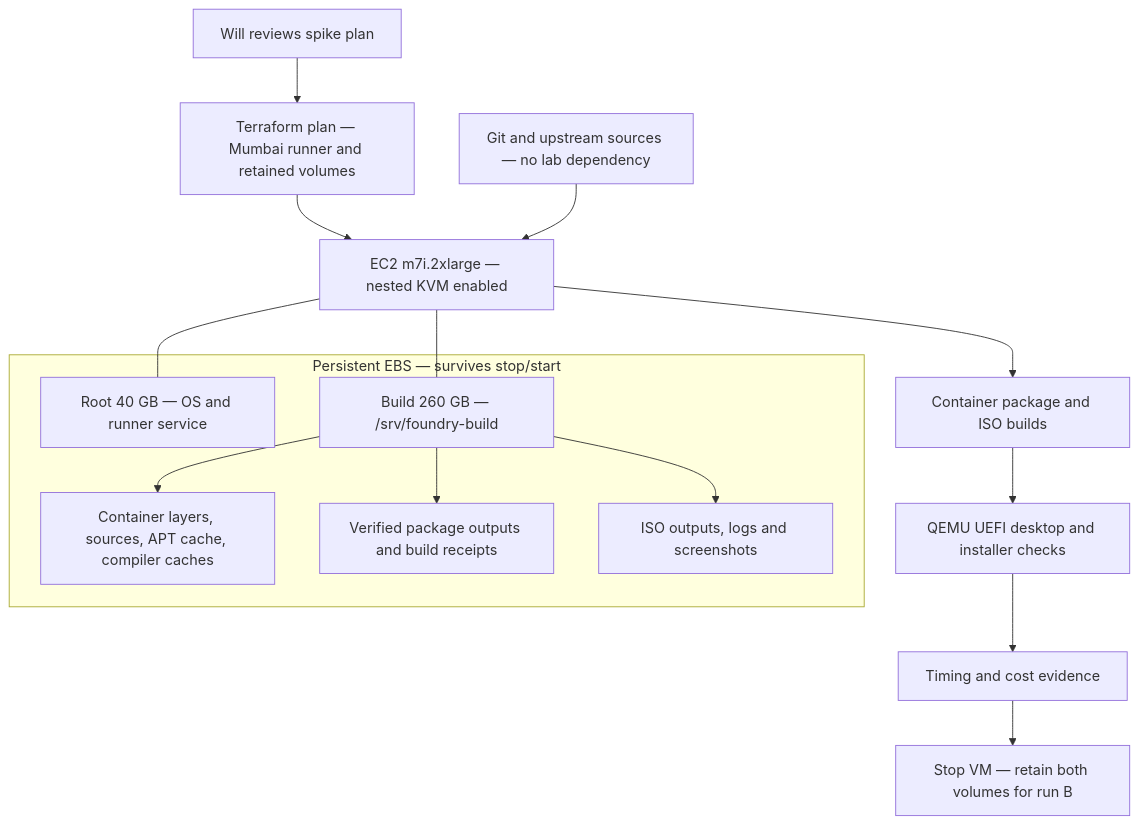
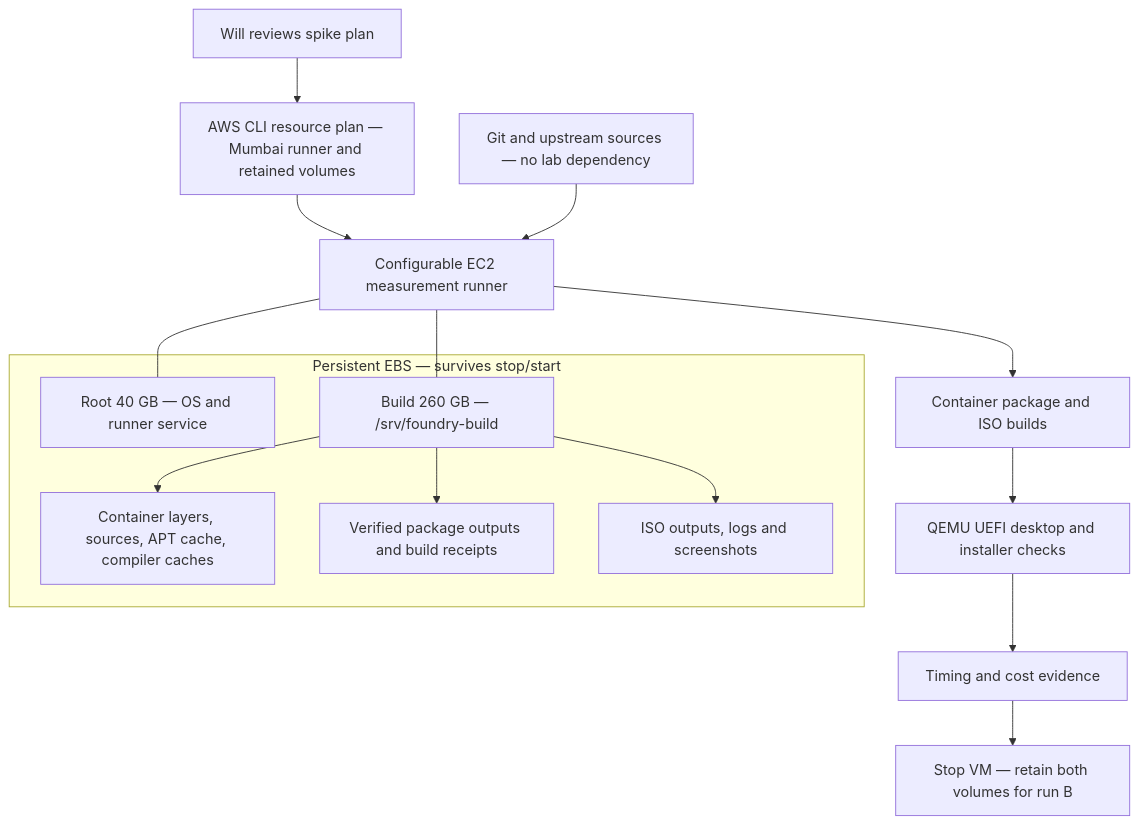
One commit to foundry-linux/foundrylinux.org changed the second of 3 diagrams in docs/plans/2026-11-15-aws-cold-warm-build-spike.md. Above: the diagram before and after it, drawn with Mermaid. The commit also changed other lines of this file and 1 other file, not shown here.

Commit message:
Profile pipeline stages independently and use CLI for the spike [skip ci]

````diff
--- a/docs/plans/2026-11-15-aws-cold-warm-build-spike.md
+++ b/docs/plans/2026-11-15-aws-cold-warm-build-spike.md
@@ -33,22 +63,22 @@
 ```mermaid
 flowchart TB
-    W[Will reviews spike plan] --> T[Terraform plan — Mumbai runner and retained volumes]
-    T --> V[EC2 m7i.2xlarge — nested KVM enabled]
+    W[Will reviews spike plan] --> T[AWS CLI resource plan — Mumbai runner and retained volumes]
+    T --> V[Configurable EC2 measurement runner]
     subgraph Disk["Persistent EBS — survives stop/start"]
         O[Root 40 GB — OS and runner service]
         D[Build 260 GB — /srv/foundry-build]
         C[Container layers, sources, APT cache, compiler caches]
         P[Verified package outputs and build receipts]
         I[ISO outputs, logs and screenshots]
         D --> C
         D --> P
         D --> I
     end
     V --- O
     V --- D
     G[Git and upstream sources — no lab dependency] --> V
     V --> B[Container package and ISO builds]
     B --> Q[QEMU UEFI desktop and installer checks]
     Q --> E[Timing and cost evidence]
     E --> S[Stop VM — retain both volumes for run B]
 ```
````
